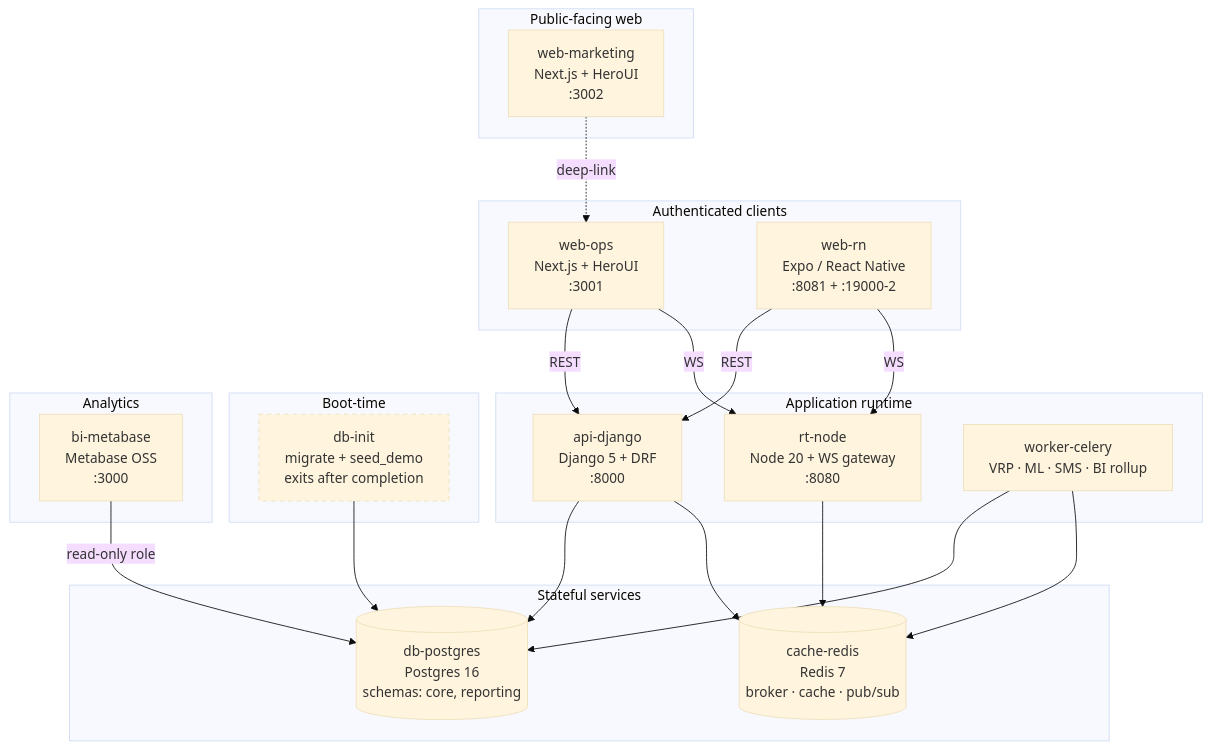
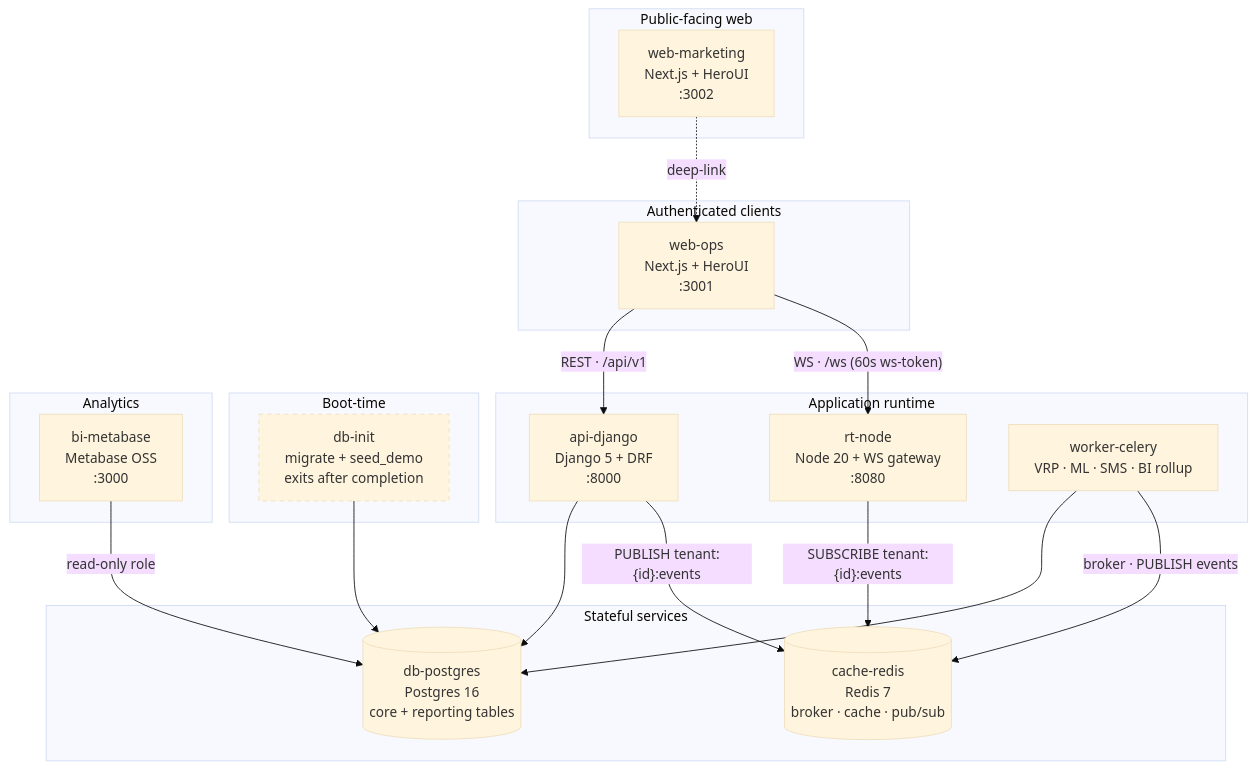
The second of 10 diagrams in docs/architecture.md (waggertron/home-health-provider-skeleton), drawn with Mermaid (base theme) before and after one commit. The commit also changed other lines of this file, not shown here.

First line of the commit message:
docs(architecture): expand to extensive v1 reference

````diff
--- a/docs/architecture.md
+++ b/docs/architecture.md
@@ -118,49 +150,46 @@
 ```mermaid
 flowchart TB
     subgraph Public["Public-facing web"]
         mkt["web-marketing<br/>Next.js + HeroUI<br/>:3002"]
     end
 
     subgraph Clients["Authenticated clients"]
         ops["web-ops<br/>Next.js + HeroUI<br/>:3001"]
-        rn["web-rn<br/>Expo / React Native<br/>:8081 + :19000-2"]
     end
 
     subgraph Runtime["Application runtime"]
         api["api-django<br/>Django 5 + DRF<br/>:8000"]
         rt["rt-node<br/>Node 20 + WS gateway<br/>:8080"]
         worker["worker-celery<br/>VRP · ML · SMS · BI rollup"]
     end
 
     subgraph Data["Stateful services"]
-        pg[("db-postgres<br/>Postgres 16<br/>schemas: core, reporting")]
+        pg[("db-postgres<br/>Postgres 16<br/>core + reporting tables")]
         redis[("cache-redis<br/>Redis 7<br/>broker · cache · pub/sub")]
     end
 
     subgraph OneShot["Boot-time"]
         init["db-init<br/>migrate + seed_demo<br/>exits after completion"]
     end
 
     subgraph BI["Analytics"]
         meta["bi-metabase<br/>Metabase OSS<br/>:3000"]
     end
 
     mkt -. deep-link .-> ops
-    ops -- REST --> api
-    ops -- WS --> rt
-    rn -- REST --> api
-    rn -- WS --> rt
+    ops -- "REST · /api/v1" --> api
+    ops -- "WS · /ws (60s ws-token)" --> rt
 
     api --> pg
-    api --> redis
+    api -- "PUBLISH tenant:{id}:events" --> redis
     worker --> pg
-    worker --> redis
-    rt --> redis
+    worker -- "broker · PUBLISH events" --> redis
+    rt -- "SUBSCRIBE tenant:{id}:events" --> redis
 
     init --> pg
 
-    meta -- read-only role --> pg
+    meta -- "read-only role" --> pg
 
     classDef oneshot stroke-dasharray: 5 5
     class init oneshot
 ```
````
